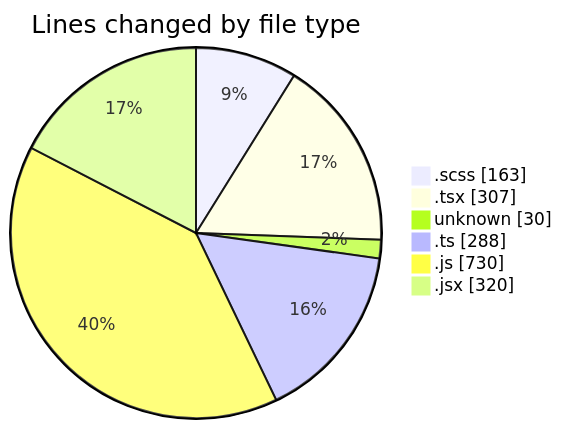
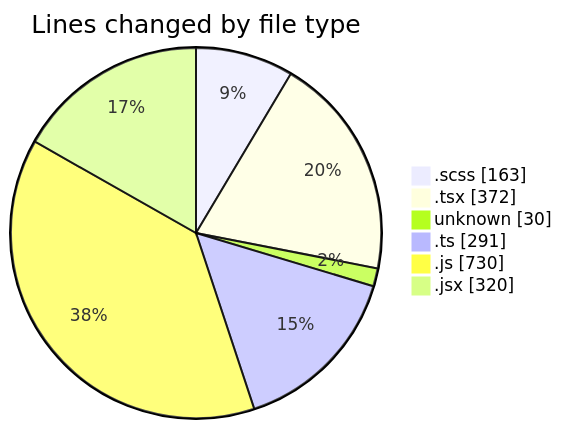
One commit to momahboobian/code-tracking changed the first of 2 diagrams in 2025-03-05/cda/README.md. Above: the diagram before and after it, drawn with Mermaid. The commit also changed other lines of this file and 1 other file, not shown here.

````diff
--- a/2025-03-05/cda/README.md
+++ b/2025-03-05/cda/README.md
@@ -35,10 +37,10 @@
 ```mermaid
 pie showData
 title Lines changed by file type
 ".scss" : 163
-".tsx" : 307
+".tsx" : 372
 "unknown" : 30
-".ts" : 288
+".ts" : 291
 ".js" : 730
 ".jsx" : 320
 ```
````
